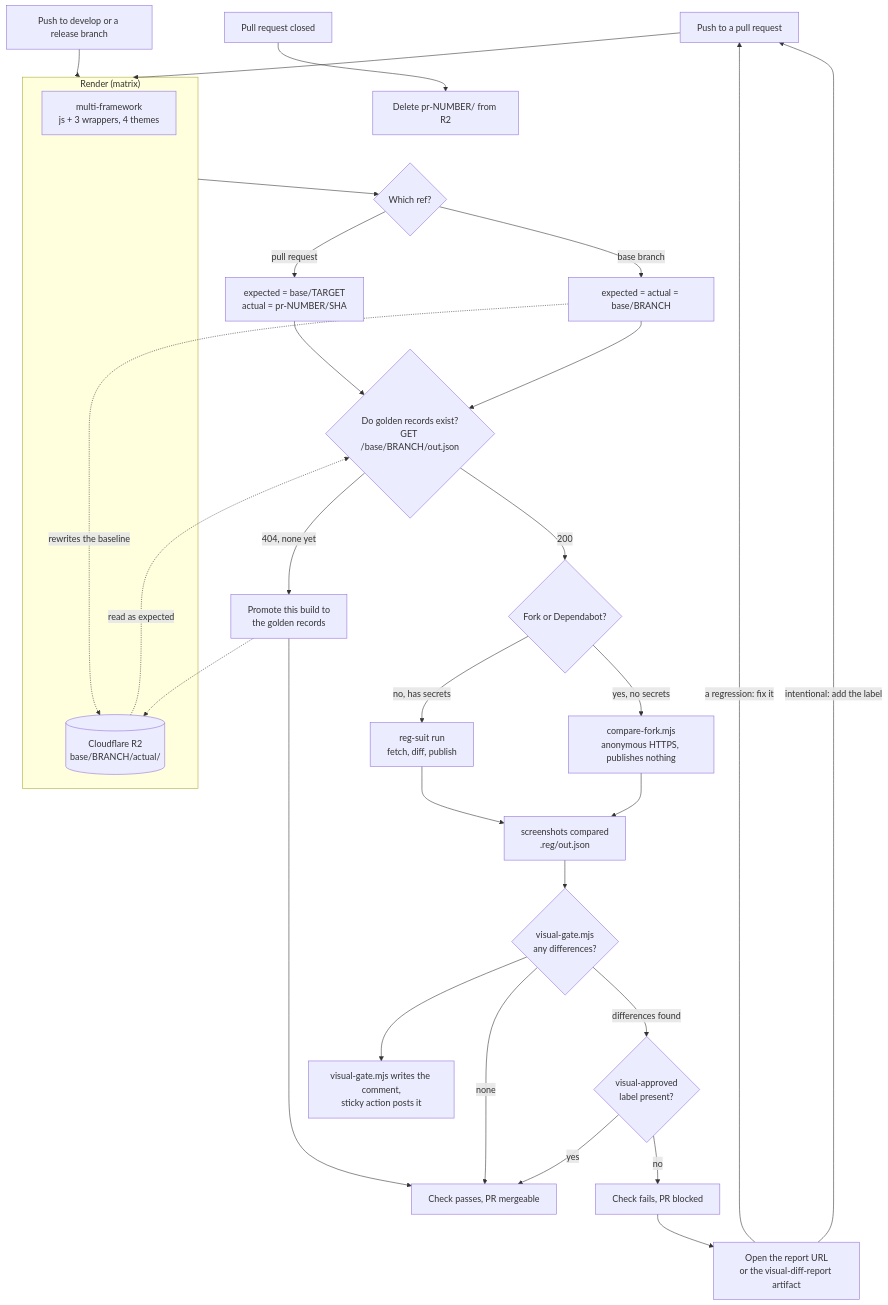
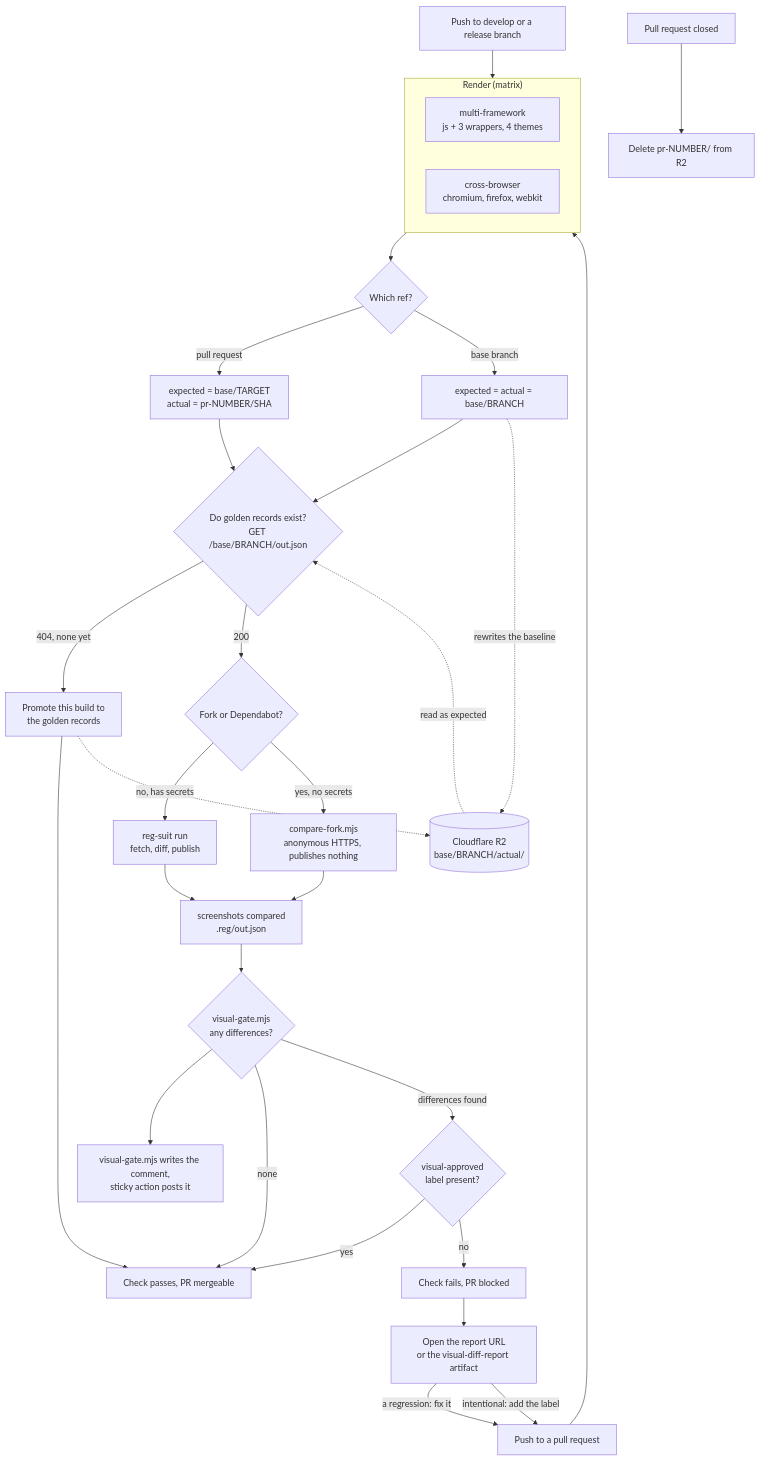
One commit to handsontable/handsontable changed the diagram in visual-tests/README.md. Above: the diagram before and after it, drawn with Mermaid. The commit also changed other lines of this file and 12 other files, not shown here.

````diff
--- a/visual-tests/README.md
+++ b/visual-tests/README.md
@@ -45,45 +60,45 @@
 ```mermaid
 flowchart TD
     PR["Push to a pull request"] --> RENDER
     DEV["Push to develop or a release branch"] --> RENDER
 
     subgraph RENDER["Render (matrix)"]
         R1["multi-framework<br/>js + 3 wrappers, 4 themes"]
         R2["cross-browser<br/>chromium, firefox, webkit"]
     end
 
     RENDER --> KEYS{"Which ref?"}
     KEYS -->|"pull request"| KPR["expected = base/TARGET<br/>actual = pr-NUMBER/SHA"]
     KEYS -->|"base branch"| KBR["expected = actual = base/BRANCH"]
 
     KPR --> PROBE
     KBR --> PROBE
     PROBE{"Do golden records exist?<br/>GET /base/BRANCH/out.json"}
 
     PROBE -->|"404, none yet"| SEED["Promote this build to<br/>the golden records"]
     SEED --> PASS
 
     PROBE -->|"200"| WHO{"Fork or Dependabot?"}
     WHO -->|"no, has secrets"| SUIT["reg-suit run<br/>fetch, diff, publish"]
     WHO -->|"yes, no secrets"| FORK["compare-fork.mjs<br/>anonymous HTTPS, publishes nothing"]
 
     SUIT --> OUT["screenshots compared<br/>.reg/out.json"]
     FORK --> OUT
 
     OUT --> GATE{"visual-gate.mjs<br/>any differences?"}
     GATE --> COMMENT["visual-gate.mjs writes the comment,<br/>sticky action posts it"]
     GATE -->|"none"| PASS["Check passes, PR mergeable"]
     GATE -->|"differences found"| LABEL{"visual-approved<br/>label present?"}
     LABEL -->|"yes"| PASS
     LABEL -->|"no"| FAIL["Check fails, PR blocked"]
 
     FAIL --> REVIEW["Open the report URL<br/>or the visual-diff-report artifact"]
     REVIEW -->|"a regression: fix it"| PR
     REVIEW -->|"intentional: add the label"| PR
 
-    KBR -.->|"rewrites the baseline"| R2[("Cloudflare R2<br/>base/BRANCH/actual/")]
-    SEED -.-> R2
-    R2 -.->|"read as expected"| PROBE
+    KBR -.->|"rewrites the baseline"| BUCKET[("Cloudflare R2<br/>base/BRANCH/actual/")]
+    SEED -.-> BUCKET
+    BUCKET -.->|"read as expected"| PROBE
 
     CLOSED["Pull request closed"] --> PURGE["Delete pr-NUMBER/ from R2"]
 ```
````
